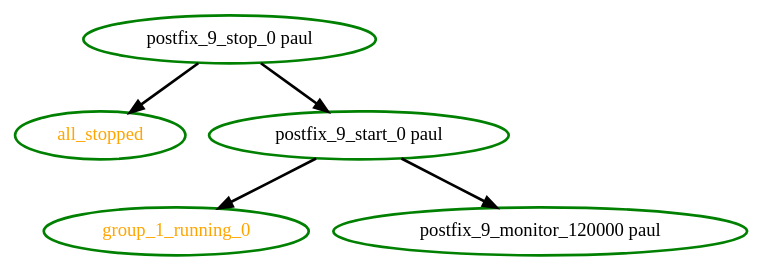
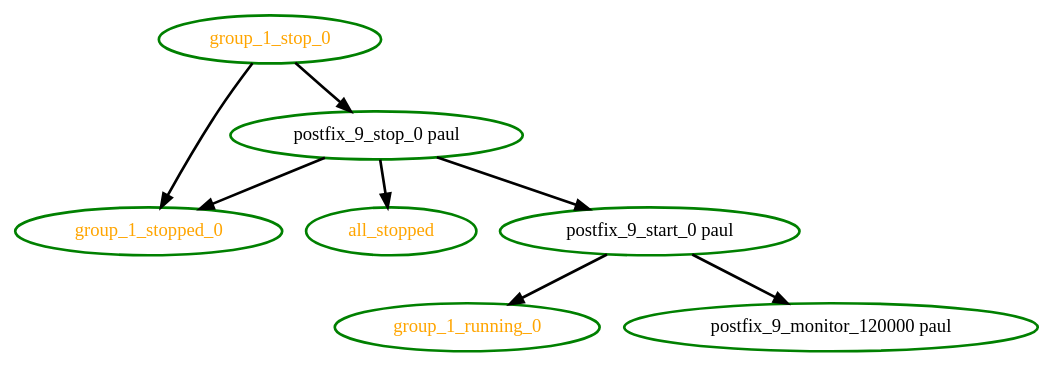
The diagram in pengine/testcases/994.dot (linux-ha-japan/pm_diskd), drawn with Graphviz before and after one commit. The commit also changed 27 other files, not shown here.

```diff
--- a/pengine/testcases/994.dot
+++ b/pengine/testcases/994.dot
@@ -1,11 +1,16 @@
  digraph "g" {
 "all_stopped" [ style=bold color="green" fontcolor="orange"  ]
 "group_1_running_0" [ style=bold color="green" fontcolor="orange" ]
+"group_1_stop_0" -> "group_1_stopped_0" [ style = bold]
+"group_1_stop_0" -> "postfix_9_stop_0 paul" [ style = bold]
+"group_1_stop_0" [ style=bold color="green" fontcolor="orange"  ]
+"group_1_stopped_0" [ style=bold color="green" fontcolor="orange"  ]
 "postfix_9_monitor_120000 paul" [ style=bold color="green" fontcolor="black" ]
 "postfix_9_start_0 paul" -> "group_1_running_0" [ style = bold]
 "postfix_9_start_0 paul" -> "postfix_9_monitor_120000 paul" [ style = bold]
 "postfix_9_start_0 paul" [ style=bold color="green" fontcolor="black" ]
 "postfix_9_stop_0 paul" -> "all_stopped" [ style = bold]
+"postfix_9_stop_0 paul" -> "group_1_stopped_0" [ style = bold]
 "postfix_9_stop_0 paul" -> "postfix_9_start_0 paul" [ style = bold]
 "postfix_9_stop_0 paul" [ style=bold color="green" fontcolor="black" ]
 }
```
